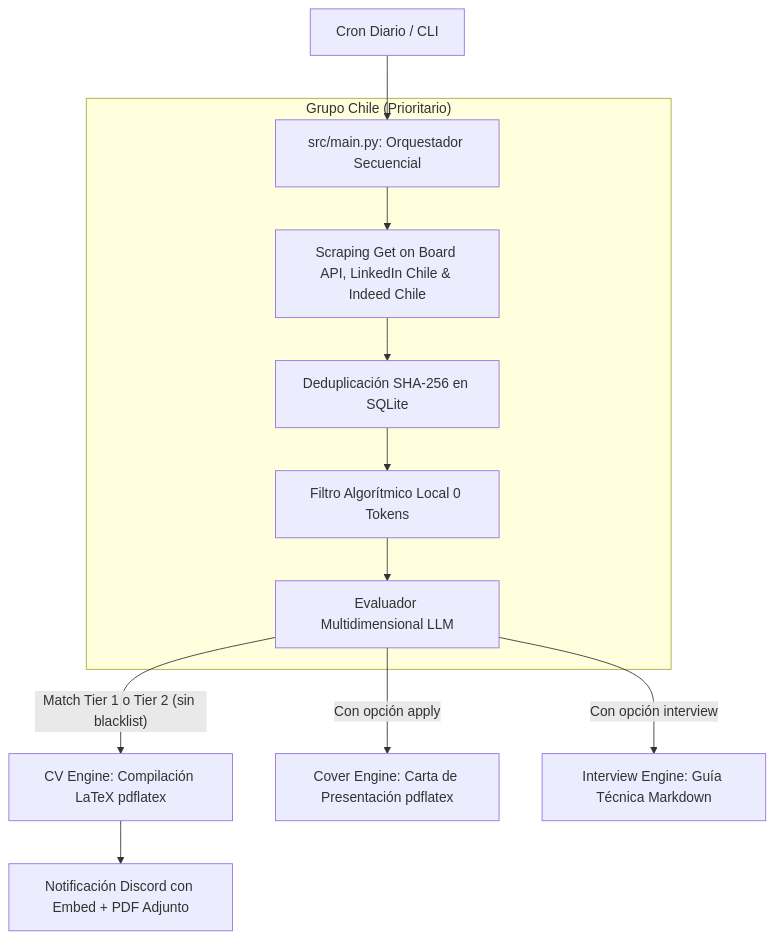
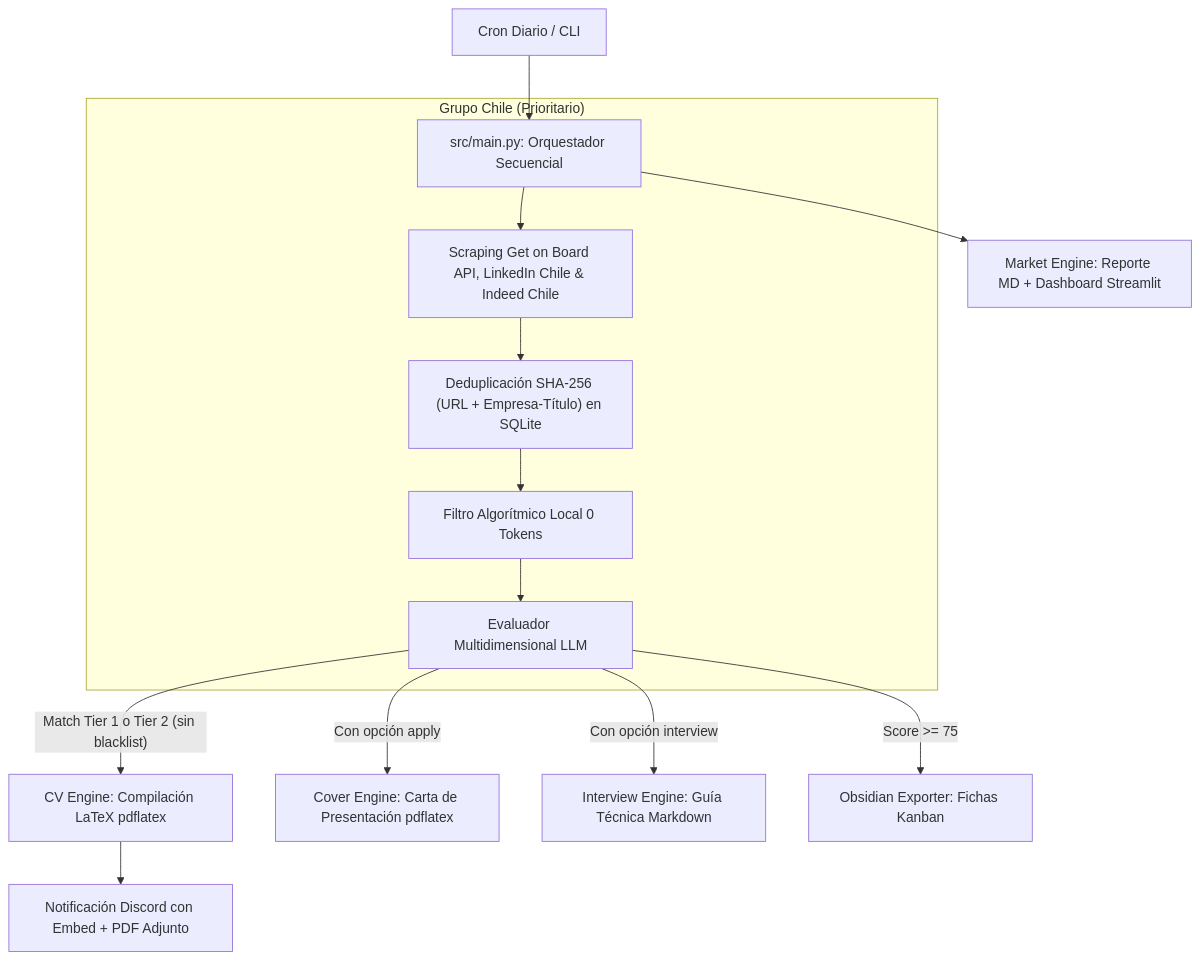
Before and after one commit to rigbarra/job-fit: the diagram in README.md, drawn with Mermaid. The commit also changed other lines of this file and 5 other files, not shown here.

````diff
--- a/README.md
+++ b/README.md
@@ -214,17 +214,19 @@
 ```mermaid
 flowchart TD
     A["Cron Diario / CLI"] --> B["src/main.py: Orquestador Secuencial"]
     
     subgraph id_chile["Grupo Chile (Prioritario)"]
         B --> C1["Scraping Get on Board API, LinkedIn Chile & Indeed Chile"]
-        C1 --> D1["Deduplicación SHA-256 en SQLite"]
+        C1 --> D1["Deduplicación SHA-256 (URL + Empresa-Título) en SQLite"]
         D1 --> E1["Filtro Algorítmico Local 0 Tokens"]
         E1 --> F1["Evaluador Multidimensional LLM"]
     end
 
     F1 -->|"Match Tier 1 o Tier 2 (sin blacklist)"| G1["CV Engine: Compilación LaTeX pdflatex"]
     F1 -->|"Con opción apply"| G2["Cover Engine: Carta de Presentación pdflatex"]
     F1 -->|"Con opción interview"| G3["Interview Engine: Guía Técnica Markdown"]
+    F1 -->|"Score >= 75"| G4["Obsidian Exporter: Fichas Kanban"]
 
     G1 --> H["Notificación Discord con Embed + PDF Adjunto"]
+    B --> I["Market Engine: Reporte MD + Dashboard Streamlit"]
 ```
````
